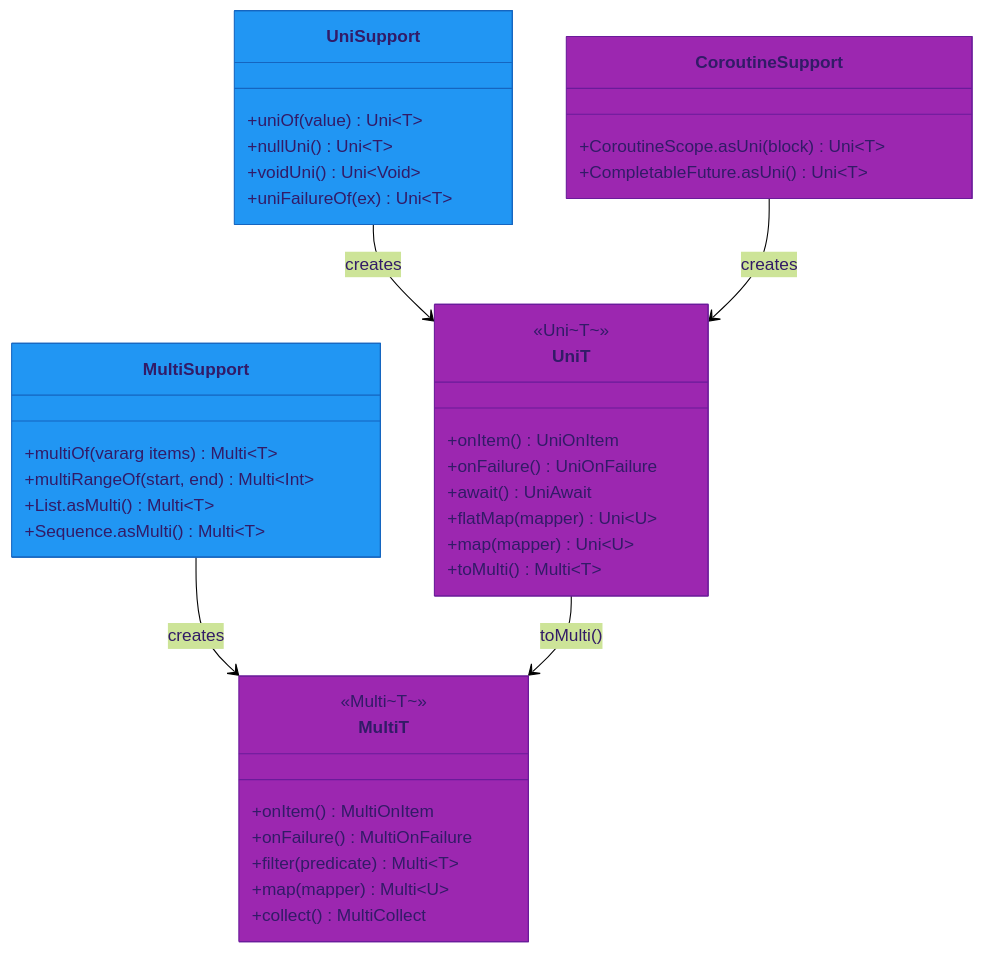
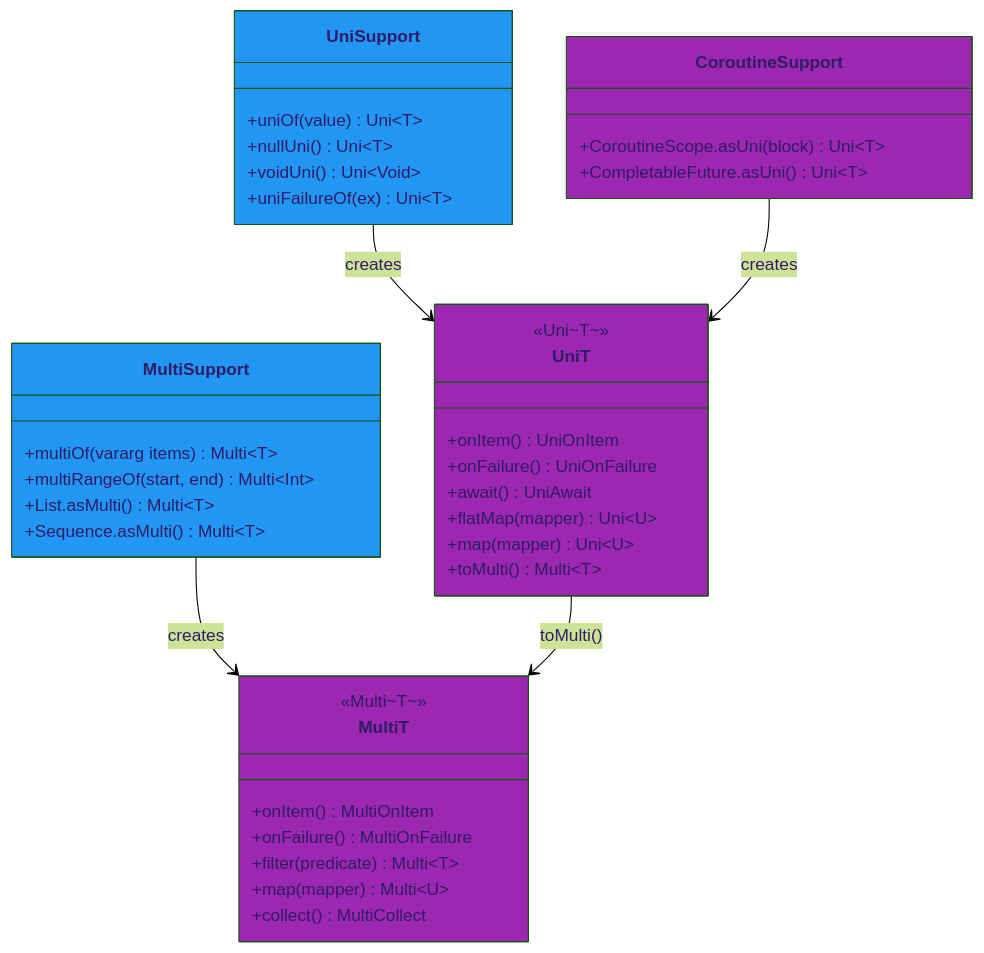
One commit to bluetape4k/bluetape4k-projects changed the first of 3 diagrams in utils/mutiny/README.md. Above: the diagram before and after it, drawn with Mermaid (forest theme). The commit also changed 94 other files, not shown here.

First line of the commit message:
docs: Mermaid classDef에서 stroke:#색상 제거 (파서 오류 수정)

````diff
--- a/utils/mutiny/README.md
+++ b/utils/mutiny/README.md
@@ -229,44 +229,44 @@
 ```mermaid
 classDiagram
     class UniT:::asyncStyle {
         <<Uni~T~>>
         +onItem() UniOnItem
         +onFailure() UniOnFailure
         +await() UniAwait
         +flatMap(mapper) Uni~U~
         +map(mapper) Uni~U~
         +toMulti() Multi~T~
     }
     class MultiT:::asyncStyle {
         <<Multi~T~>>
         +onItem() MultiOnItem
         +onFailure() MultiOnFailure
         +filter(predicate) Multi~T~
         +map(mapper) Multi~U~
         +collect() MultiCollect
     }
     class UniSupport:::utilStyle {
         +uniOf(value) Uni~T~
         +nullUni() Uni~T~
         +voidUni() Uni~Void~
         +uniFailureOf(ex) Uni~T~
     }
     class MultiSupport:::utilStyle {
         +multiOf(vararg items) Multi~T~
         +multiRangeOf(start, end) Multi~Int~
         +List.asMulti() Multi~T~
         +Sequence.asMulti() Multi~T~
     }
     class CoroutineSupport:::asyncStyle {
         +CoroutineScope.asUni(block) Uni~T~
         +CompletableFuture.asUni() Uni~T~
     }
 
     UniSupport --> UniT : creates
     MultiSupport --> MultiT : creates
     CoroutineSupport --> UniT : creates
     UniT --> MultiT : toMulti()
 
-    classDef asyncStyle   fill:#9C27B0,stroke:#6A1B9A
-    classDef utilStyle    fill:#2196F3,stroke:#1565C0
+    classDef asyncStyle   fill:#9C27B0
+    classDef utilStyle    fill:#2196F3
 ```
````
